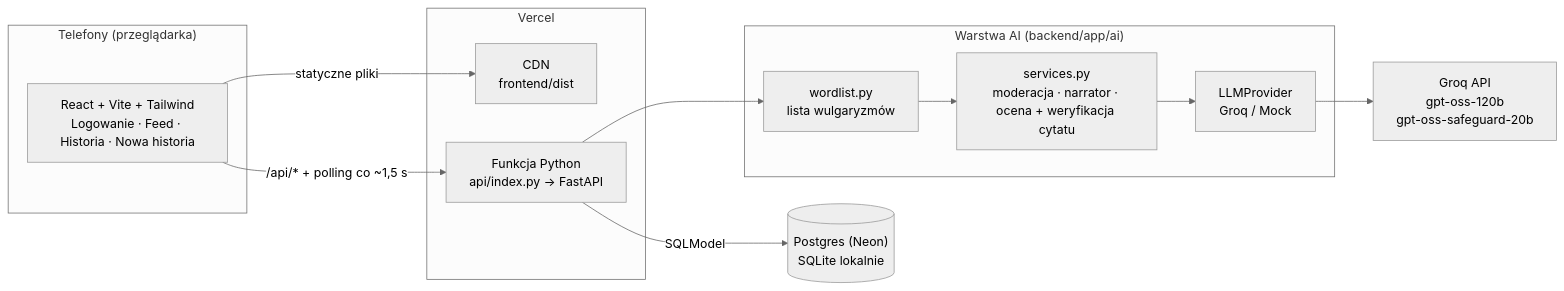
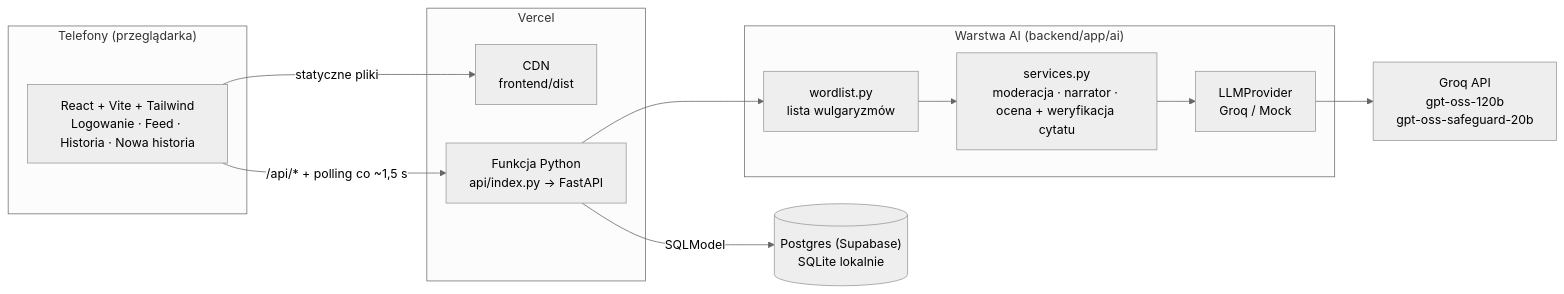
One commit to Drop-the-Base/dezanalfabetyzator changed the first of 2 diagrams in README.md. Above: the diagram before and after it, drawn with Mermaid (neutral theme). The commit also changed other lines of this file and 4 other files, not shown here.

````diff
--- a/README.md
+++ b/README.md
@@ -35,22 +35,22 @@
 ```mermaid
 flowchart LR
     subgraph Telefony["Telefony (przeglądarka)"]
         FE["React + Vite + Tailwind<br/>Logowanie · Feed · Historia · Nowa historia"]
     end
     subgraph Vercel
         CDN["CDN<br/>frontend/dist"]
         API["Funkcja Python<br/>api/index.py → FastAPI"]
     end
     subgraph AI["Warstwa AI (backend/app/ai)"]
         WL["wordlist.py<br/>lista wulgaryzmów"]
         SVC["services.py<br/>moderacja · narrator · ocena + weryfikacja cytatu"]
         PROV["LLMProvider<br/>Groq / Mock"]
     end
-    DB[("Postgres (Neon)<br/>SQLite lokalnie")]
+    DB[("Postgres (Supabase)<br/>SQLite lokalnie")]
     GROQ["Groq API<br/>gpt-oss-120b<br/>gpt-oss-safeguard-20b"]
 
     FE -- "statyczne pliki" --> CDN
     FE -- "/api/* + polling co ~1,5 s" --> API
     API --> WL --> SVC --> PROV --> GROQ
     API -- "SQLModel" --> DB
 ```
````
